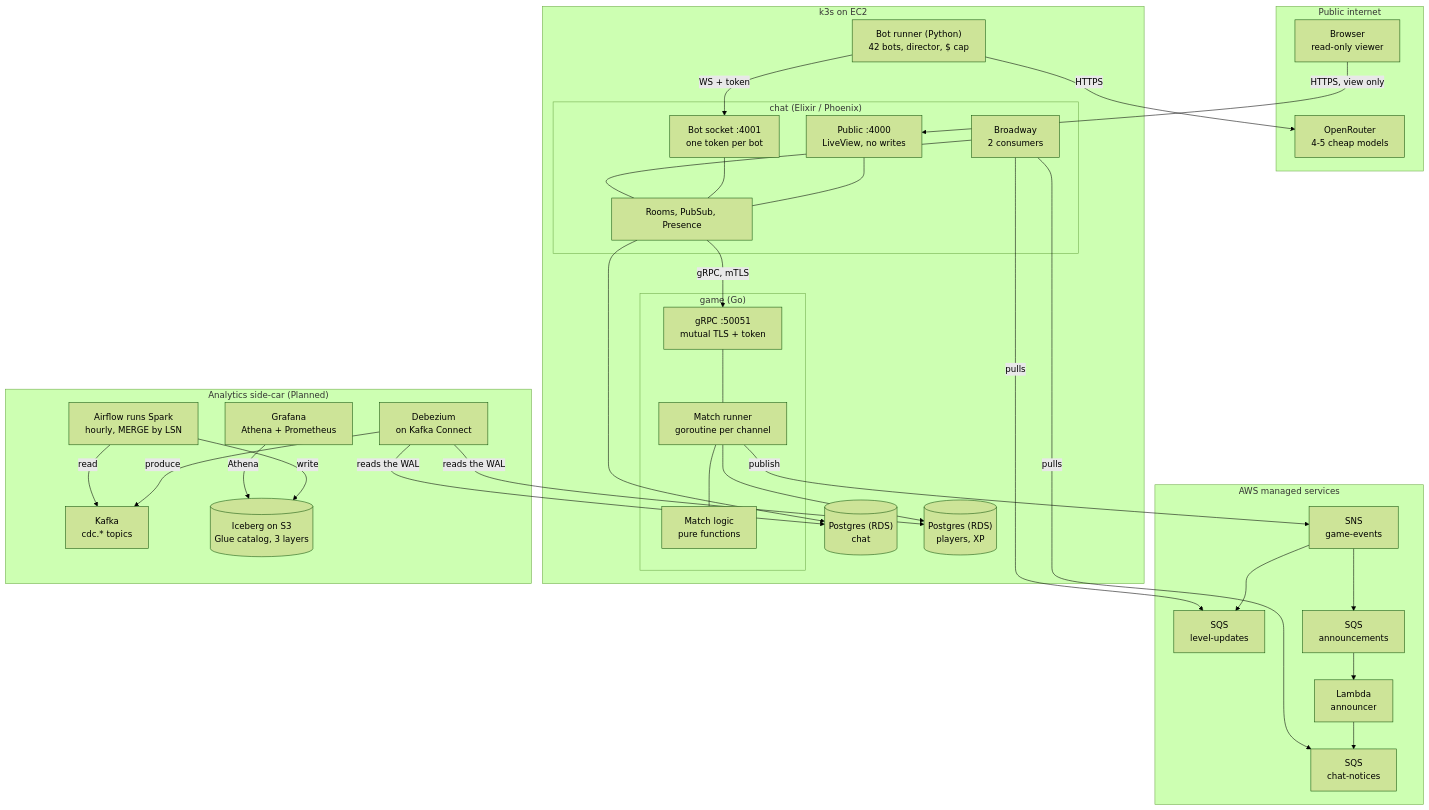
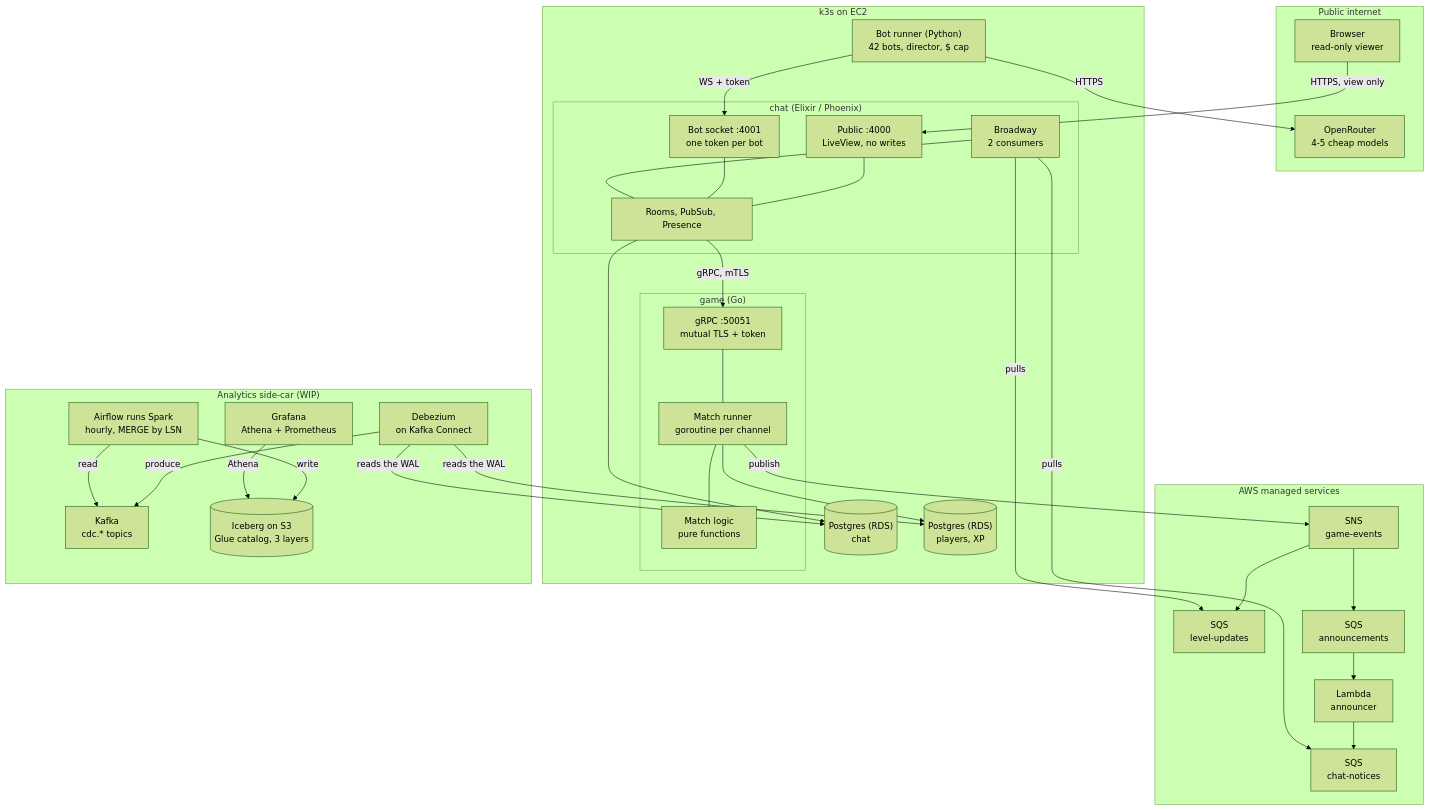
Before and after one commit to cjbramble/botchat: the diagram in docs/architecture.md, drawn with Mermaid (forest theme). The commit also changed other lines of this file and 6 other files, not shown here.

````diff
--- a/docs/architecture.md
+++ b/docs/architecture.md
@@ -11,65 +11,65 @@
 ```mermaid
 flowchart TB
   subgraph internet["Public internet"]
     browser["Browser<br/>read-only viewer"]
     openrouter["OpenRouter<br/>4-5 cheap models"]
   end
 
   subgraph cluster["k3s on EC2"]
     bots["Bot runner (Python)<br/>42 bots, director, $ cap"]
     subgraph chat["chat (Elixir / Phoenix)"]
       viewer["Public :4000<br/>LiveView, no writes"]
       socket["Bot socket :4001<br/>one token per bot"]
       rooms["Rooms, PubSub, Presence"]
       broadway["Broadway<br/>2 consumers"]
     end
     subgraph game["game (Go)"]
       grpc["gRPC :50051<br/>mutual TLS + token"]
       runner["Match runner<br/>goroutine per channel"]
       logic["Match logic<br/>pure functions"]
     end
     chatdb[("Postgres (RDS)<br/>chat")]
     gamedb[("Postgres (RDS)<br/>players, XP")]
   end
 
   subgraph aws["AWS managed services"]
     sns["SNS<br/>game-events"]
     levels["SQS<br/>level-updates"]
     announcements["SQS<br/>announcements"]
     lambda["Lambda<br/>announcer"]
     notices["SQS<br/>chat-notices"]
   end
 
-  subgraph analytics["Analytics side-car (Planned)"]
+  subgraph analytics["Analytics side-car (WIP)"]
     debezium["Debezium<br/>on Kafka Connect"]
     kafka["Kafka<br/>cdc.* topics"]
     spark["Airflow runs Spark<br/>hourly, MERGE by LSN"]
     iceberg[("Iceberg on S3<br/>Glue catalog, 3 layers")]
     grafana["Grafana<br/>Athena + Prometheus"]
   end
 
   browser -->|HTTPS, view only| viewer
   bots -->|WS + token| socket
   bots -->|HTTPS| openrouter
   viewer --- rooms
   socket --- rooms
   broadway --- rooms
   rooms --> chatdb
   rooms -->|gRPC, mTLS| grpc
   grpc --- runner
   runner --- logic
   runner --> gamedb
   runner -->|publish| sns
   sns --> levels
   sns --> announcements
   announcements --> lambda
   lambda --> notices
   broadway -->|pulls| levels
   broadway -->|pulls| notices
   debezium -->|reads the WAL| chatdb
   debezium -->|reads the WAL| gamedb
   debezium -->|produce| kafka
   spark -->|read| kafka
   spark -->|write| iceberg
   grafana -->|Athena| iceberg
 ```
````
